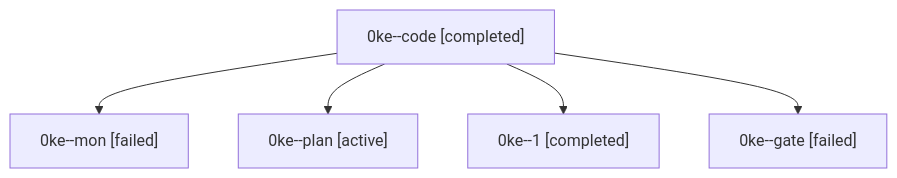
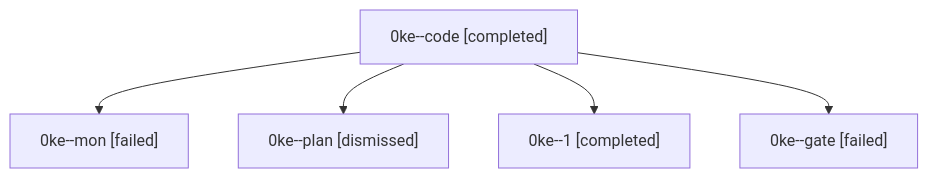
One commit to sase-org/sase--agents changed the diagram in sessions/bbugyi200.athena.0ke.md. Above: the diagram before and after it, drawn with Mermaid. The commit also changed other lines of this file and 30 other files, not shown here.

````diff
--- a/sessions/bbugyi200.athena.0ke.md
+++ b/sessions/bbugyi200.athena.0ke.md
@@ -9,12 +9,12 @@
 ```mermaid
 flowchart TD
   n0["0ke--code [completed]"]
   n1["0ke--mon [failed]"]
   n0 --> n1
-  n2["0ke--plan [active]"]
+  n2["0ke--plan [dismissed]"]
   n0 --> n2
   n3["0ke--1 [completed]"]
   n0 --> n3
   n4["0ke--gate [failed]"]
   n0 --> n4
 ```
````
